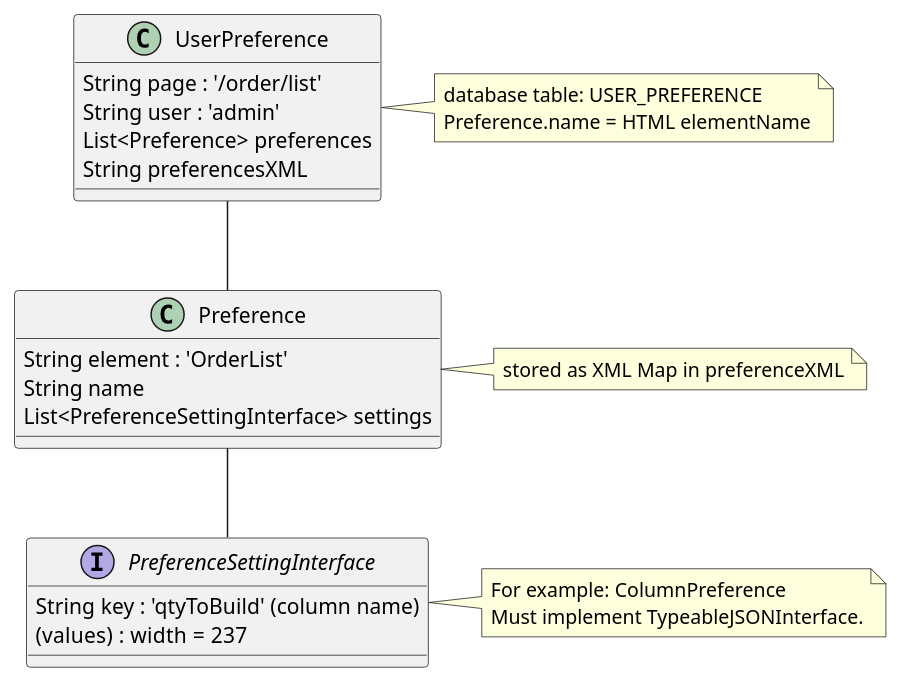
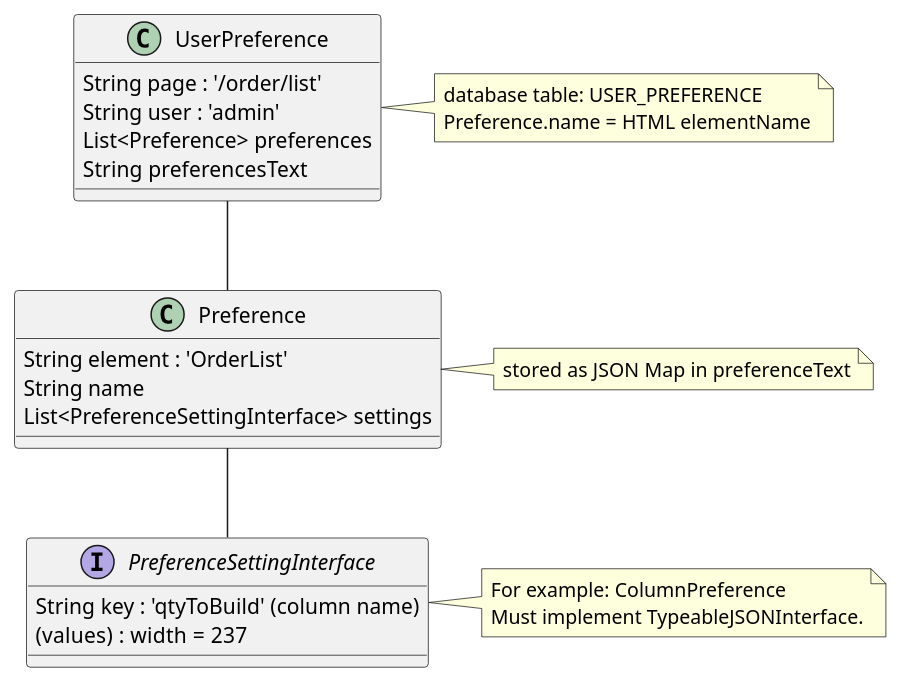
The first of 2 diagrams in eframe/src/main/docs/asciidoc/guide/guis/guiOther/guiState.adoc (simplemes/simplemes-core), drawn with PlantUML before and after one commit. The commit also changed other lines of this file and 29 other files, not shown here.

```diff
--- a/eframe/src/main/docs/asciidoc/guide/guis/guiOther/guiState.adoc
+++ b/eframe/src/main/docs/asciidoc/guide/guis/guiOther/guiState.adoc
@@ -75,31 +75,31 @@
 [plantuml,"preferencesERD",align="center"]
 ----
 @startuml
 class UserPreference {
   String page : '/order/list'
   String user : 'admin'
   List<Preference> preferences
-  String preferencesXML
+  String preferencesText
 }
 note right: database table: USER_PREFERENCE\nPreference.name = HTML elementName
 
 
 class Preference {
    String element : 'OrderList'
    String name
    List<PreferenceSettingInterface> settings
 }
-note right: stored as XML Map in preferenceXML
+note right: stored as JSON Map in preferenceText
 
 interface PreferenceSettingInterface {
    {field} String key : 'qtyToBuild' (column name)
    {field}  (values)  : width = 237
 }
 note right: For example: ColumnPreference\nMust implement TypeableJSONInterface.
 
 UserPreference -- Preference
 Preference -- PreferenceSettingInterface
 
 
 @enduml
 ----
```
